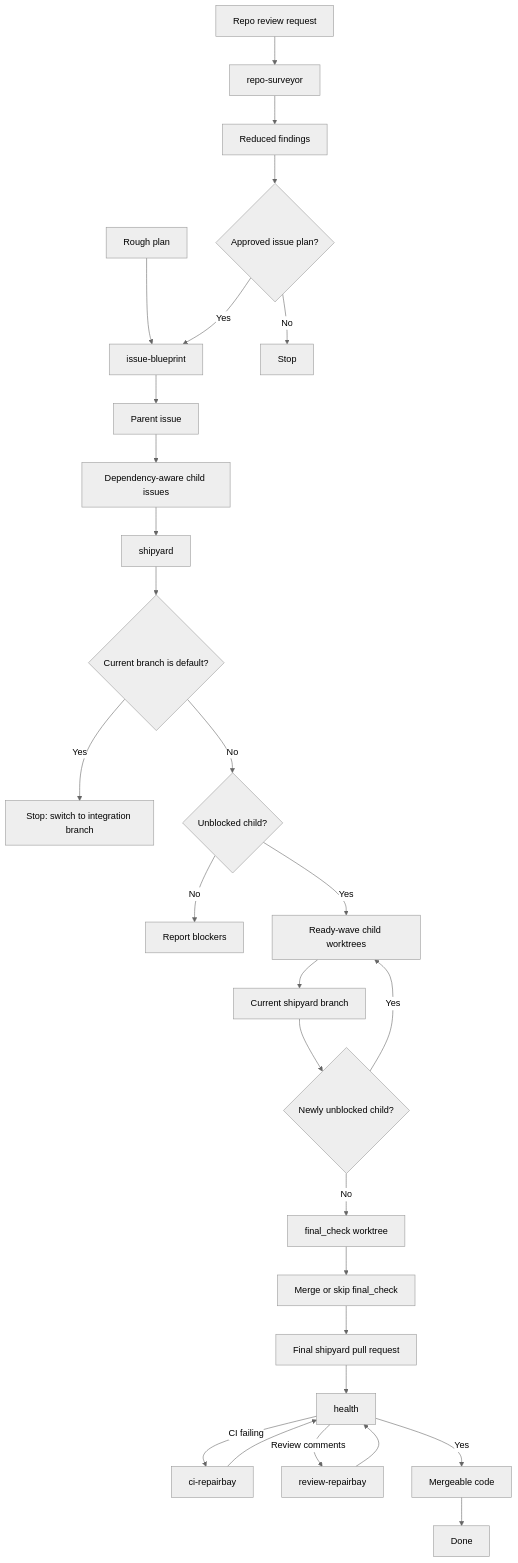
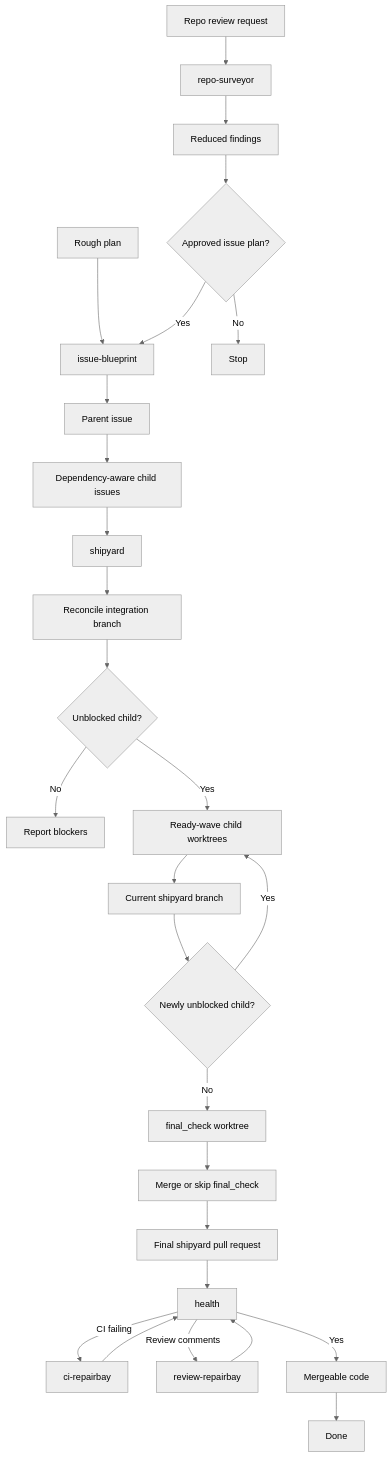
The first of 5 diagrams in README.md (HenryQW/skills), drawn with Mermaid (neutral theme) before and after one commit. The commit also changed other lines of this file and 2 other files, not shown here.

Commit message:
fix(shipyard): reconcile integration branch

````diff
--- a/README.md
+++ b/README.md
@@ -16,30 +16,29 @@
 ```mermaid
 flowchart TD
   rough["Rough plan"] --> blueprint["issue-blueprint"]
   audit["Repo review request"] --> surveyor["repo-surveyor"]
   surveyor --> reduce["Reduced findings"]
   reduce --> approved{"Approved issue plan?"}
   approved -->|Yes| blueprint
   approved -->|No| stop["Stop"]
   blueprint --> parent["Parent issue"]
   parent --> children["Dependency-aware child issues"]
   children --> shipyard["shipyard"]
-  shipyard --> default_branch{"Current branch is default?"}
-  default_branch -->|Yes| default_stop["Stop: switch to integration branch"]
-  default_branch -->|No| ready{"Unblocked child?"}
+  shipyard --> branch["Reconcile integration branch"]
+  branch --> ready{"Unblocked child?"}
   ready -->|No| blocked["Report blockers"]
   ready -->|Yes| worktrees["Ready-wave child worktrees"]
   worktrees --> integrate["Current shipyard branch"]
   integrate --> recheck{"Newly unblocked child?"}
   recheck -->|Yes| worktrees
   recheck -->|No| final_branch["final_check worktree"]
   final_branch --> final_merge["Merge or skip final_check"]
   final_merge --> final_pr["Final shipyard pull request"]
   final_pr --> health
   health -->|CI failing| ci_repair["ci-repairbay"]
   health -->|Review comments| review_repair["review-repairbay"]
   health -->|Yes| mergeable["Mergeable code"]
   ci_repair --> health
   review_repair --> health
   mergeable --> done["Done"]
 ```
````
